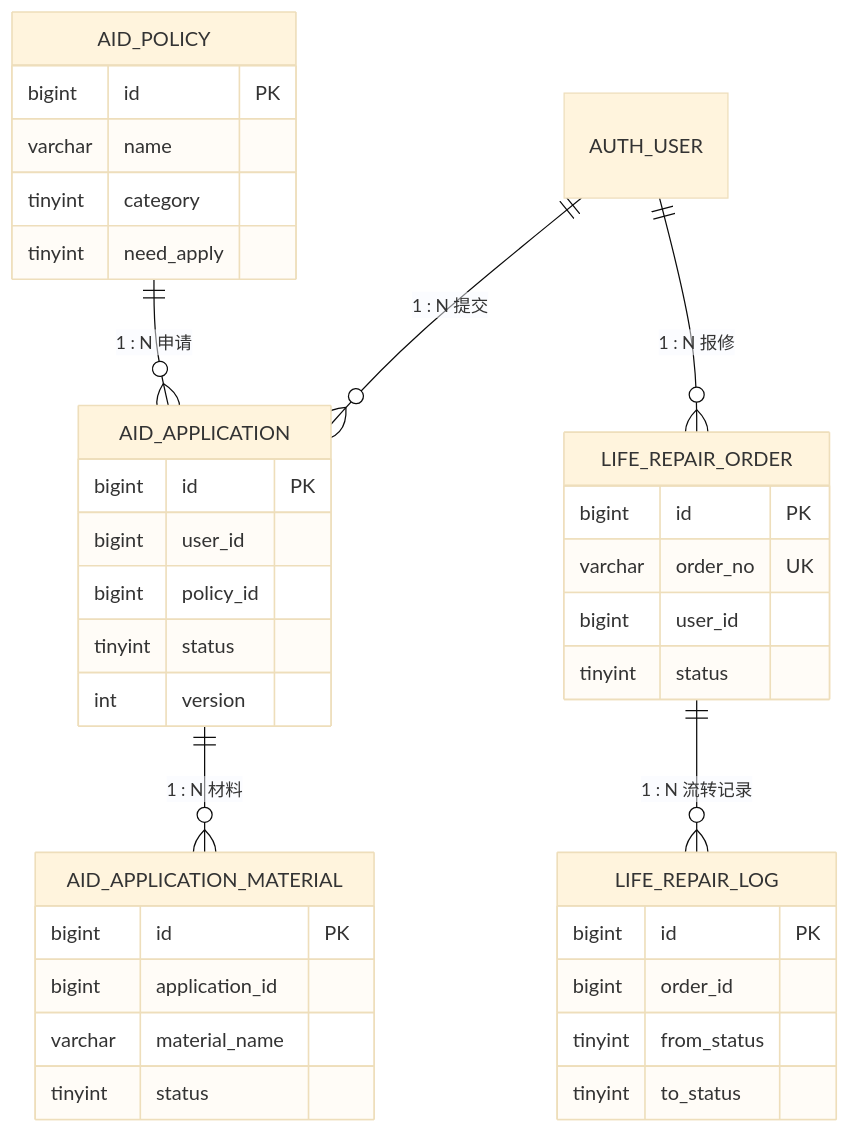
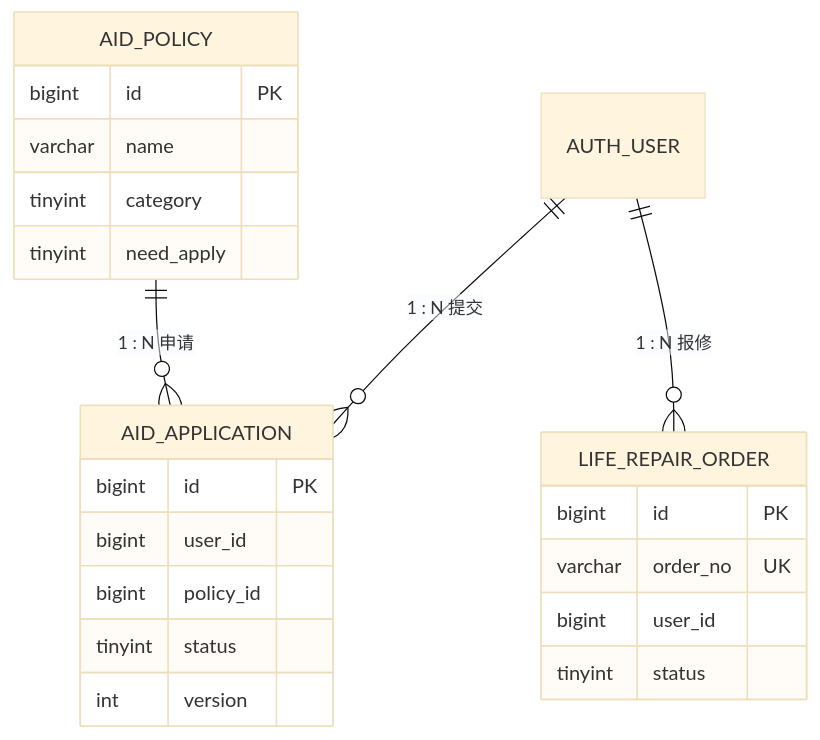
Before and after one commit to zjy2968466837/se-yingxin-digital-human: the fourth of 5 diagrams in docs/数据建模.md, drawn with Mermaid (base theme). The commit also changed other lines of this file and 12 other files, not shown here.

````diff
--- a/docs/数据建模.md
+++ b/docs/数据建模.md
@@ -783,40 +675,26 @@
 ```mermaid
 erDiagram
     AID_POLICY ||--o{ AID_APPLICATION : "1 : N 申请"
     AUTH_USER ||--o{ AID_APPLICATION : "1 : N 提交"
-    AID_APPLICATION ||--o{ AID_APPLICATION_MATERIAL : "1 : N 材料"
     AUTH_USER ||--o{ LIFE_REPAIR_ORDER : "1 : N 报修"
-    LIFE_REPAIR_ORDER ||--o{ LIFE_REPAIR_LOG : "1 : N 流转记录"
 
     AID_POLICY {
         bigint id PK
         varchar name
         tinyint category
         tinyint need_apply
     }
     AID_APPLICATION {
         bigint id PK
         bigint user_id
         bigint policy_id
         tinyint status
         int version
     }
-    AID_APPLICATION_MATERIAL {
-        bigint id PK
-        bigint application_id
-        varchar material_name
-        tinyint status
-    }
     LIFE_REPAIR_ORDER {
         bigint id PK
         varchar order_no UK
         bigint user_id
         tinyint status
     }
-    LIFE_REPAIR_LOG {
-        bigint id PK
-        bigint order_id
-        tinyint from_status
-        tinyint to_status
-    }
 ```
````
